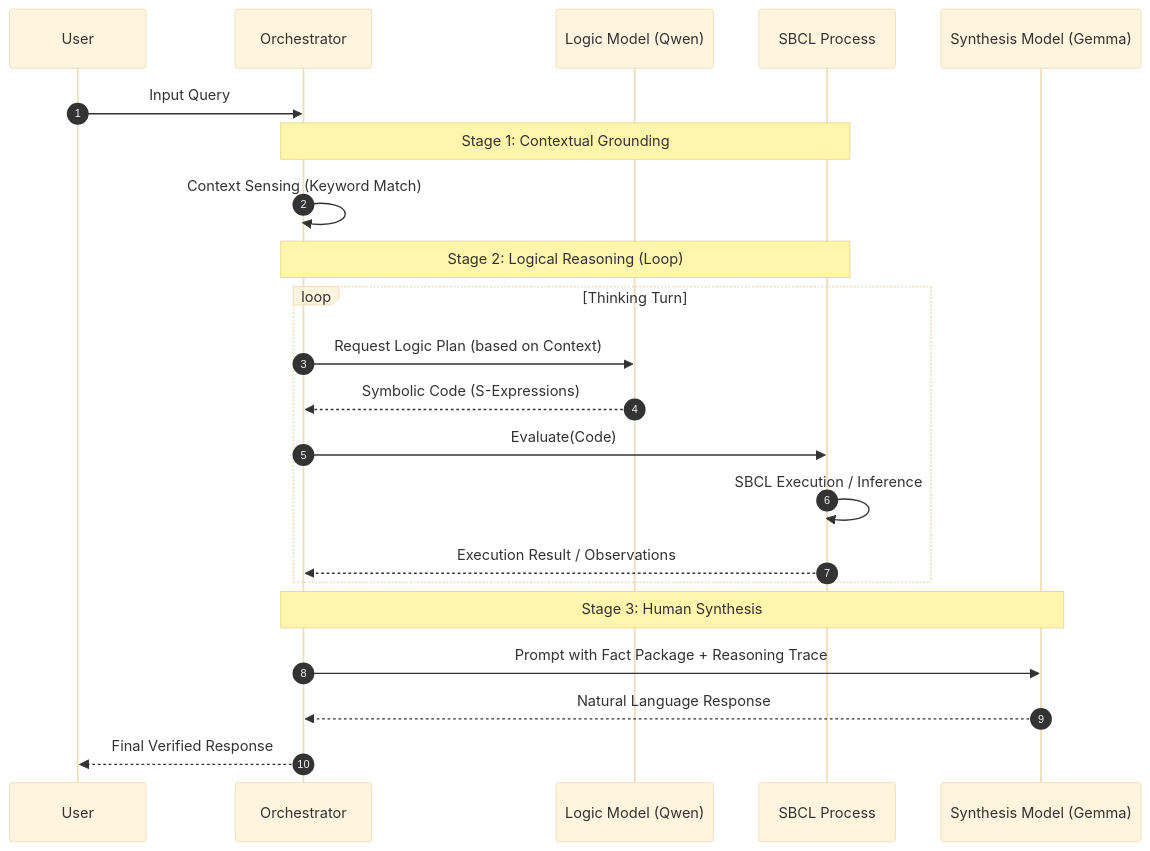
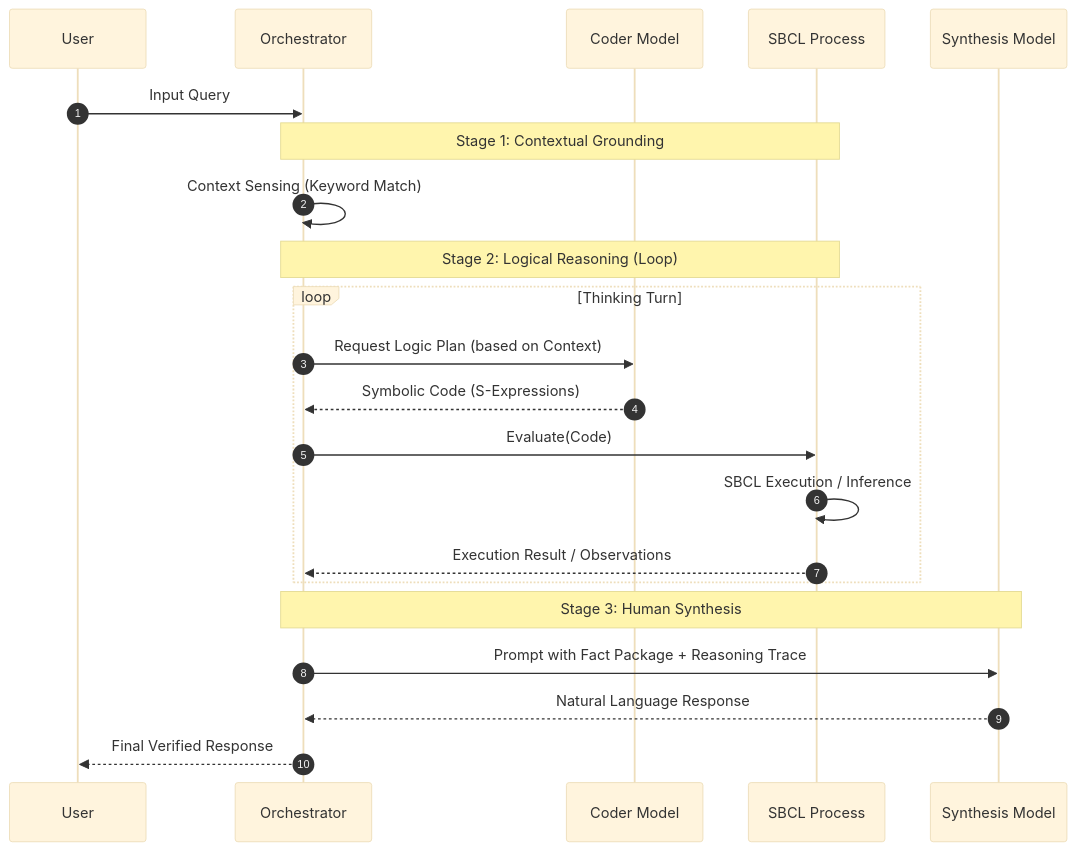
The fifth of 7 diagrams in README.md (spock74/dialectical-symbolic-ai), drawn with Mermaid (base theme) before and after one commit. The commit also changed other lines of this file, not shown here.

Commit message:
docs: Normalize model nomenclature (Coder/Synthesis/Embedding) in README

````diff
--- a/README.md
+++ b/README.md
@@ -168,28 +172,28 @@
 ```mermaid
 sequenceDiagram
     autonumber
     participant U as User
     participant ORCH as Orchestrator
-    participant LM as Logic Model (Qwen)
+    participant CM as Coder Model
     participant SK as SBCL Process
-    participant SM as Synthesis Model (Gemma)
+    participant SM as Synthesis Model
 
     U->>ORCH: Input Query
     
     Note over ORCH, SK: Stage 1: Contextual Grounding
     ORCH->>ORCH: Context Sensing (Keyword Match)
     
     Note over ORCH, SK: Stage 2: Logical Reasoning (Loop)
     loop Thinking Turn
-        ORCH->>LM: Request Logic Plan (based on Context)
-        LM-->>ORCH: Symbolic Code (S-Expressions)
+        ORCH->>CM: Request Logic Plan (based on Context)
+        CM-->>ORCH: Symbolic Code (S-Expressions)
         ORCH->>SK: Evaluate(Code)
         SK->>SK: SBCL Execution / Inference
         SK-->>ORCH: Execution Result / Observations
     end
 
     Note over ORCH, SM: Stage 3: Human Synthesis
     ORCH->>SM: Prompt with Fact Package + Reasoning Trace
     SM-->>ORCH: Natural Language Response
     ORCH-->>U: Final Verified Response
 ```
````
